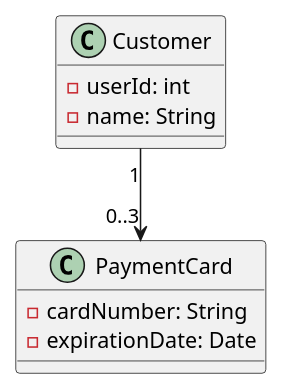
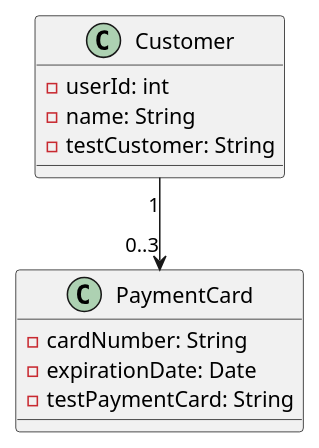
Before and after one commit to r-s-r-99/CSCI4050-CinmeaEBookingProject: the diagram in uml/user-diagram.puml, drawn with PlantUML.

Commit message:
test: testing changes to puml file to see if workflow works

```diff
--- a/uml/user-diagram.puml
+++ b/uml/user-diagram.puml
@@ -1,11 +1,13 @@
 @startuml   
 class Customer {
     - userId: int
     - name: String
+    - testCustomer: String
 }
 class PaymentCard {
     - cardNumber: String
     - expirationDate: Date
+    - testPaymentCard: String
 }
 Customer "1" --> "0..3" PaymentCard
 @enduml
```
